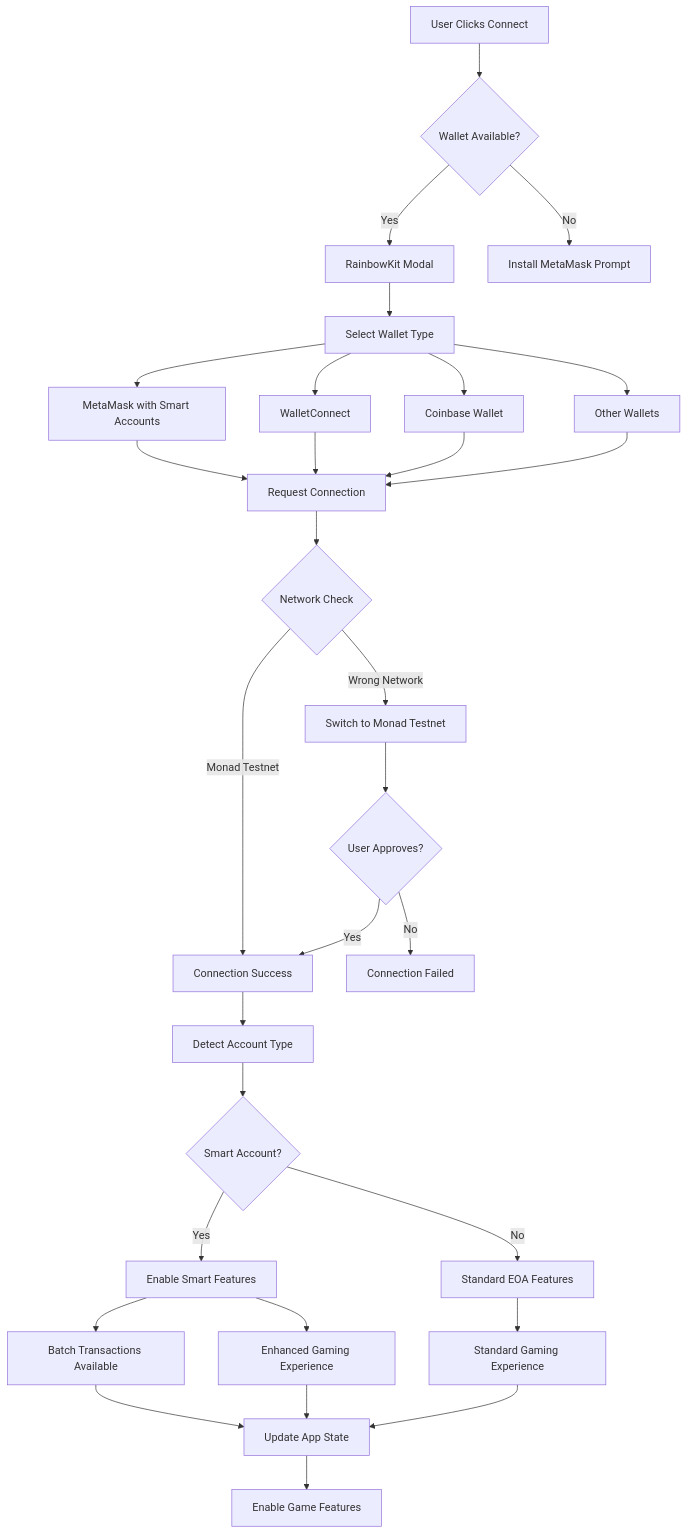
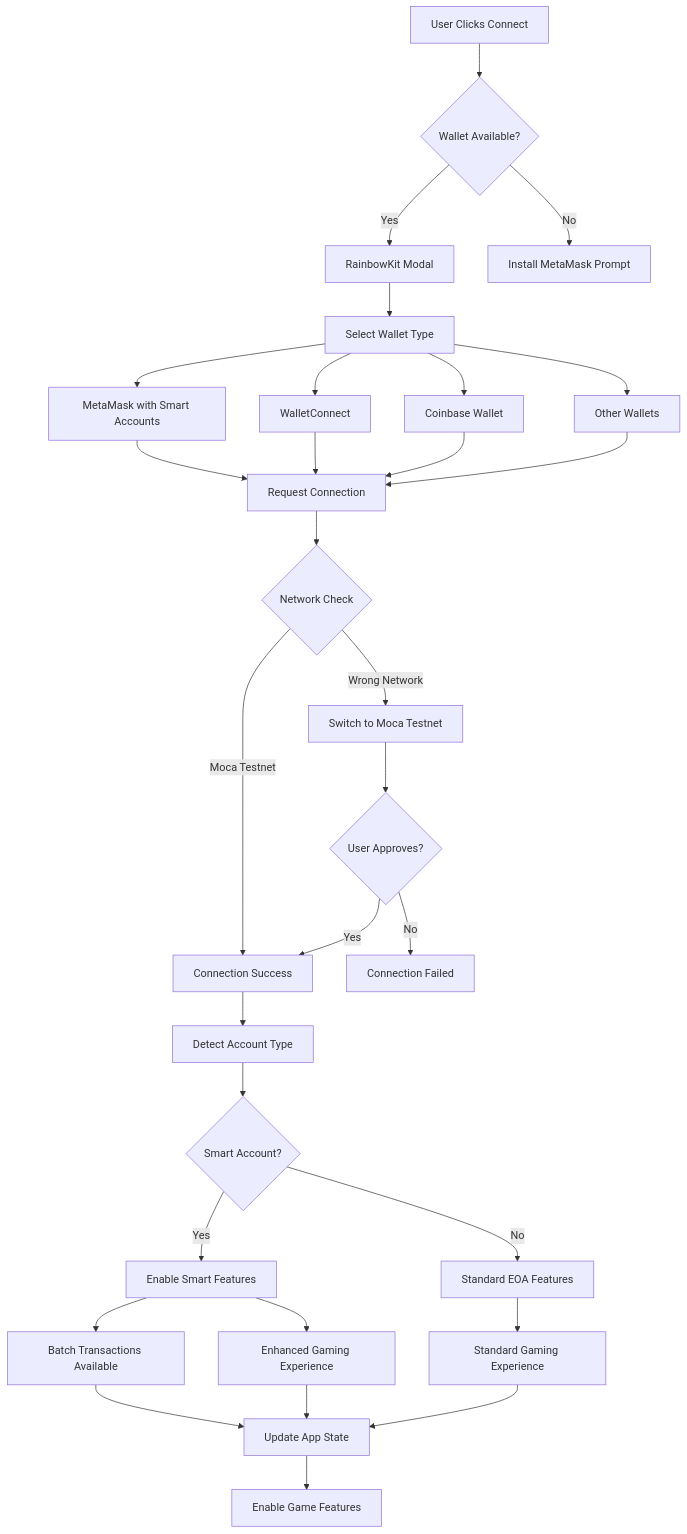
One commit to AmaanSayyad/APT-Casino-Moca changed the second of 9 diagrams in README.md. Above: the diagram before and after it, drawn with Mermaid. The commit also changed other lines of this file and 16 other files, not shown here.

````diff
--- a/README.md
+++ b/README.md
@@ -216,39 +216,39 @@
 ```mermaid
 flowchart TD
     A[User Clicks Connect] --> B{Wallet Available?}
     B -->|Yes| C[RainbowKit Modal]
     B -->|No| D[Install MetaMask Prompt]
     
     C --> E[Select Wallet Type]
     E --> F[MetaMask with Smart Accounts]
     E --> G[WalletConnect]
     E --> H[Coinbase Wallet]
     E --> I[Other Wallets]
     
     F --> K[Request Connection]
     G --> K
     H --> K
     I --> K
     
     K --> L{Network Check}
-    L -->|Monad Testnet| M[Connection Success]
-    L -->|Wrong Network| N[Switch to Monad Testnet]
+    L -->|Moca Testnet| M[Connection Success]
+    L -->|Wrong Network| N[Switch to Moca Testnet]
     
     N --> O{User Approves?}
     O -->|Yes| M
     O -->|No| P[Connection Failed]
     
     M --> Q[Detect Account Type]
     Q --> R{Smart Account?}
     R -->|Yes| S[Enable Smart Features]
     R -->|No| T[Standard EOA Features]
     
     S --> U[Batch Transactions Available]
     S --> V[Enhanced Gaming Experience]
     T --> W[Standard Gaming Experience]
     
     U --> X[Update App State]
     V --> X
     W --> X
     X --> Y[Enable Game Features]
 ```
````
